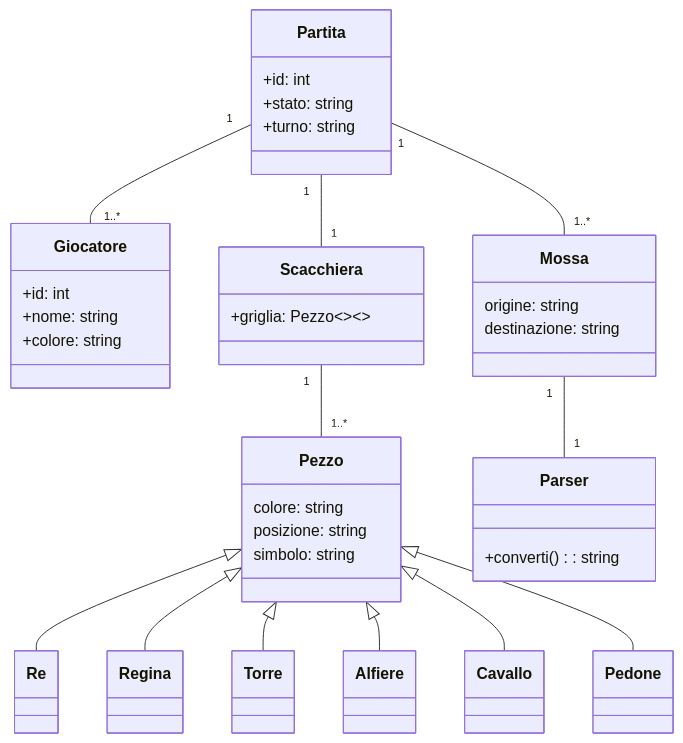
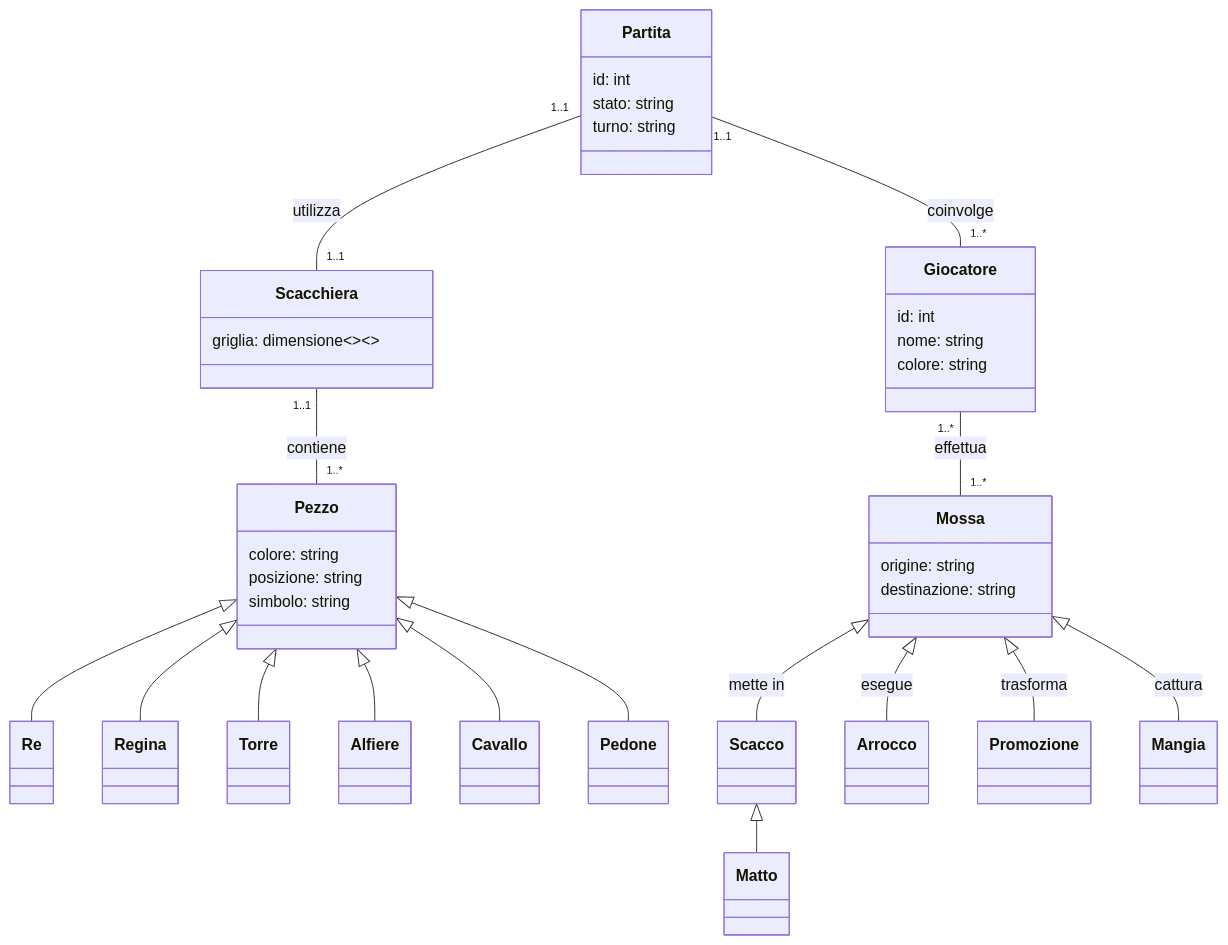
Before and after one commit to PierluvaAmaro/Python-Chess-game: the diagram in docs/Report.md, drawn with Mermaid. The commit also changed other lines of this file, not shown here.

Commit message:
Introdotto e costruito il modello di dominio

````diff
--- a/docs/Report.md
+++ b/docs/Report.md
@@ -55,55 +57,57 @@
 ```mermaid
 classDiagram
    class Giocatore {
-      +id: int
-      +nome: string
-      +colore: string
+      id: int
+      nome: string
+      colore: string
    }
 
    class Partita {
-      +id: int
-      +stato: string
-      +turno: string
+      id: int
+      stato: string
+      turno: string
    }
 
    class Scacchiera {
-      +griglia: Pezzo<><>
+      griglia: dimensione<><>
    }
 
    class Mossa {
       origine: string
       destinazione: string
    }
 
    class Pezzo {
       colore: string
       posizione: string
       simbolo: string
-   }
-
-   class Parser {
-      +converti(): string 
    }
 
    class Re
    class Regina
    class Torre
    class Alfiere
    class Cavallo
    class Pedone
 
    Pezzo <|-- Re
    Pezzo <|-- Regina
    Pezzo <|-- Torre
    Pezzo <|-- Alfiere
    Pezzo <|-- Cavallo
    Pezzo <|-- Pedone
 
-   Partita "1" -- "1..*" Giocatore
-   Partita "1" -- "1" Scacchiera
-   Partita "1" -- "1..*" Mossa 
-   Scacchiera "1" -- "1..*" Pezzo 
-   Mossa "1" -- "1" Parser
+   Mossa <|-- Scacco : mette in
+   Mossa <|-- Arrocco : esegue
+   Mossa <|-- Promozione : trasforma
+   Mossa <|-- Mangia : cattura
+
+   Scacco <|-- Matto
+
+   Partita "1..1" -- "1..*" Giocatore : coinvolge
+   Partita "1..1" -- "1..1" Scacchiera : utilizza
+   Giocatore "1..*" -- "1..*" Mossa : effettua
+   Scacchiera "1..1" -- "1..*" Pezzo : contiene
 
 
 ```
````
